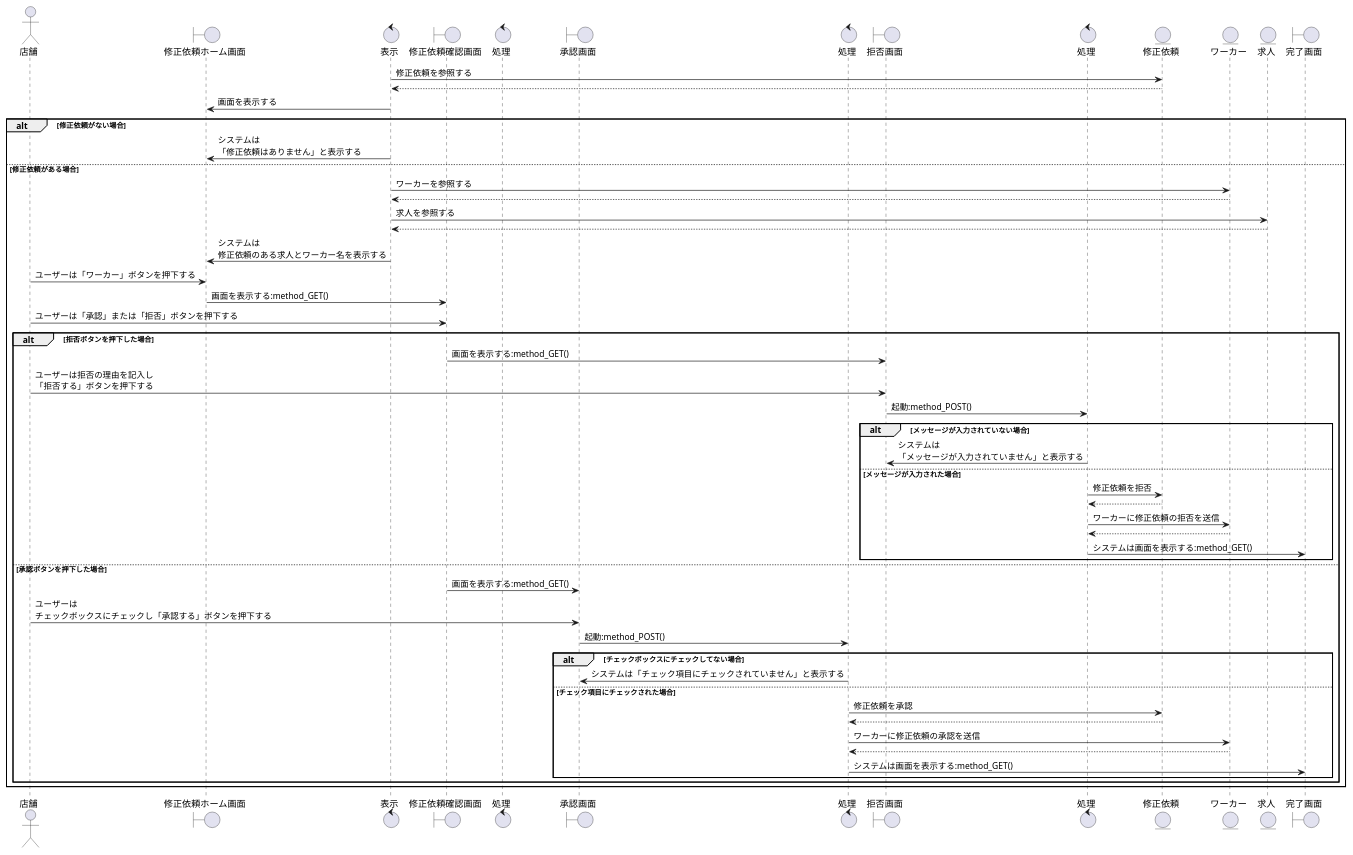
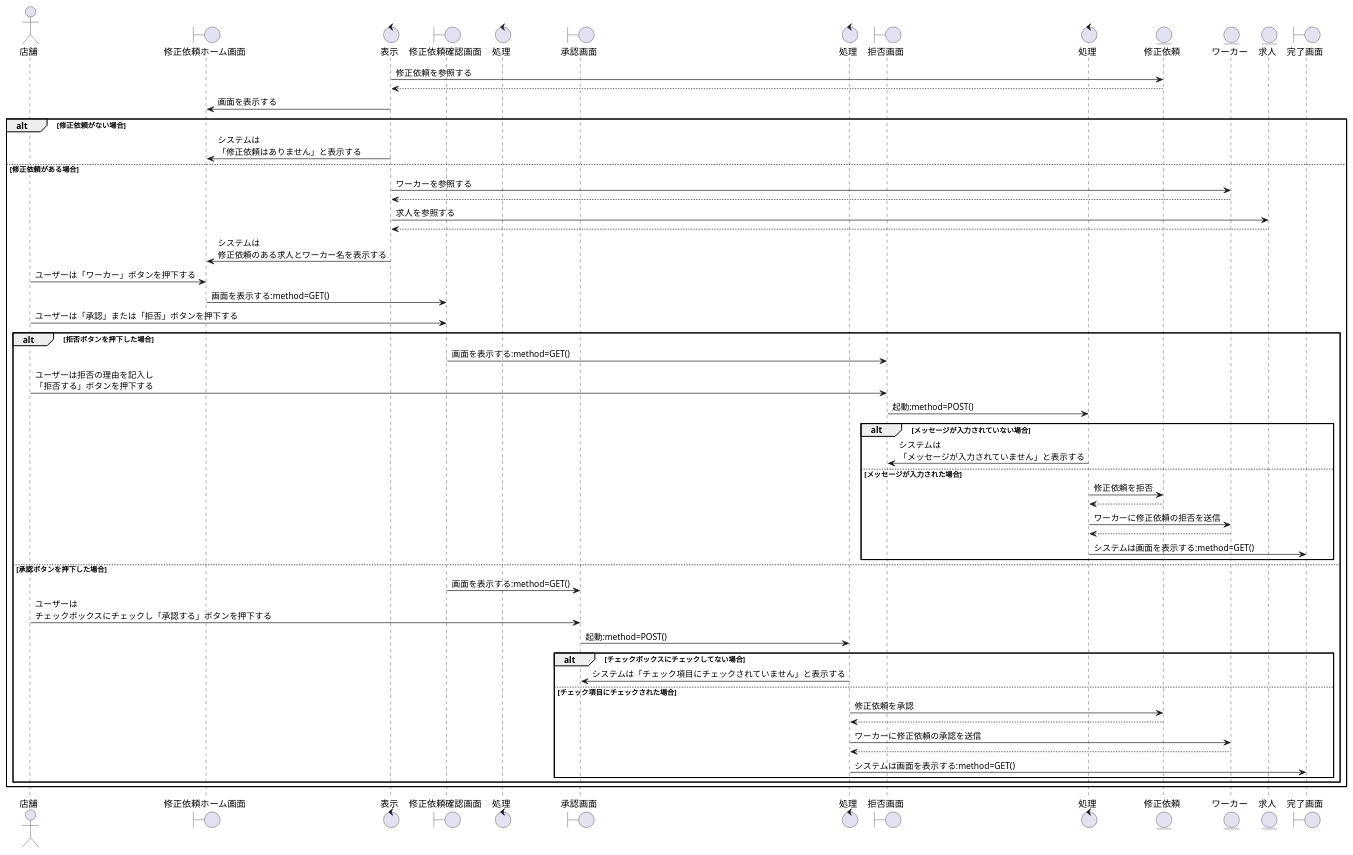
The diagram in sequence_fig/8_storeside_fn/06_修正依頼の確認、承認をする.pu (irukacb256/high_Me), drawn with PlantUML before and after one commit. The commit also changed 13 other files, not shown here.

```diff
--- a/sequence_fig/8_storeside_fn/06_修正依頼の確認、承認をする.pu
+++ b/sequence_fig/8_storeside_fn/06_修正依頼の確認、承認をする.pu
@@ -1,76 +1,76 @@
 @startuml 修正依頼の確認、承認をする
 
 actor 店舗 as cp1
 boundary 修正依頼ホーム画面 as b1
 control 表示 as co1
 boundary 修正依頼確認画面 as b2
 control 処理 as co2
 boundary 承認画面 as b3
 control 処理 as co3
 boundary 拒否画面 as b4
 control 処理 as co4
 
 entity 修正依頼 as cr1
 entity ワーカー as wo1
 entity 求人 as jb1
 boundary 完了画面 as b5
 
 co1 -> cr1 : 修正依頼を参照する
 co1 <-- cr1
 co1 -> b1 : 画面を表示する
 
 alt 修正依頼がない場合
     co1 -> b1 : システムは\n「修正依頼はありません」と表示する
 
 else 修正依頼がある場合
     co1 -> wo1 : ワーカーを参照する
     co1 <-- wo1
     co1 -> jb1 : 求人を参照する
     co1 <-- jb1
     co1 -> b1 : システムは\n修正依頼のある求人とワーカー名を表示する
 
     cp1 -> b1 : ユーザーは「ワーカー」ボタンを押下する
-    b1 -> b2 : 画面を表示する:method_GET()
+    b1 -> b2 : 画面を表示する:method=GET()
     cp1 -> b2 : ユーザーは「承認」または「拒否」ボタンを押下する
 
     alt 拒否ボタンを押下した場合
-        b2 -> b4 : 画面を表示する:method_GET()
+        b2 -> b4 : 画面を表示する:method=GET()
         cp1 -> b4 : ユーザーは拒否の理由を記入し\n「拒否する」ボタンを押下する
-        b4 -> co4 : 起動:method_POST()
+        b4 -> co4 : 起動:method=POST()
 
         alt メッセージが入力されていない場合
             co4 -> b4 : システムは\n「メッセージが入力されていません」と表示する
         
         else メッセージが入力された場合
             co4 -> cr1 : 修正依頼を拒否
             co4 <-- cr1
             co4 -> wo1 : ワーカーに修正依頼の拒否を送信
             co4 <-- wo1
-            co4 -> b5 : システムは画面を表示する:method_GET()
+            co4 -> b5 : システムは画面を表示する:method=GET()
 
         end
 
     else 承認ボタンを押下した場合
-        b2 -> b3 : 画面を表示する:method_GET()
+        b2 -> b3 : 画面を表示する:method=GET()
         cp1 -> b3 : ユーザーは\nチェックボックスにチェックし「承認する」ボタンを押下する
-        b3 -> co3 : 起動:method_POST()
+        b3 -> co3 : 起動:method=POST()
 
         alt チェックボックスにチェックしてない場合
             co3 -> b3 : システムは「チェック項目にチェックされていません」と表示する
 
         else チェック項目にチェックされた場合
             co3 -> cr1 : 修正依頼を承認
             co3 <-- cr1
             co3 -> wo1 : ワーカーに修正依頼の承認を送信
             co3 <-- wo1
-            co3 -> b5 : システムは画面を表示する:method_GET()
+            co3 -> b5 : システムは画面を表示する:method=GET()
 
         end
 
     end
 
 
 end
 
 
 @enduml
```
